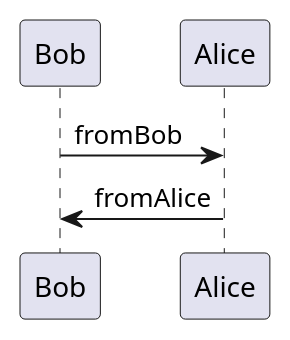
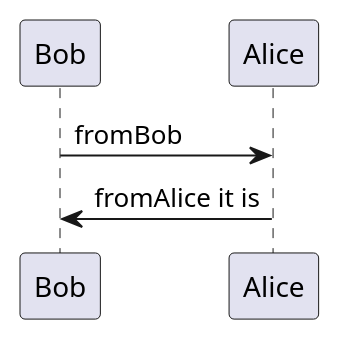
Before and after one commit to gerometan/frontpage: the diagram in docs/modules/ROOT/partials/bar.puml, drawn with PlantUML. The commit also changed 1 other file, not shown here.

```diff
--- a/docs/modules/ROOT/partials/bar.puml
+++ b/docs/modules/ROOT/partials/bar.puml
@@ -1,4 +1,5 @@
 @startuml testOne
 Bob -> Alice : fromBob
-Bob <- Alice : fromAlice
+Bob <- Alice : fromAlice it is
+
 @enduml
```
